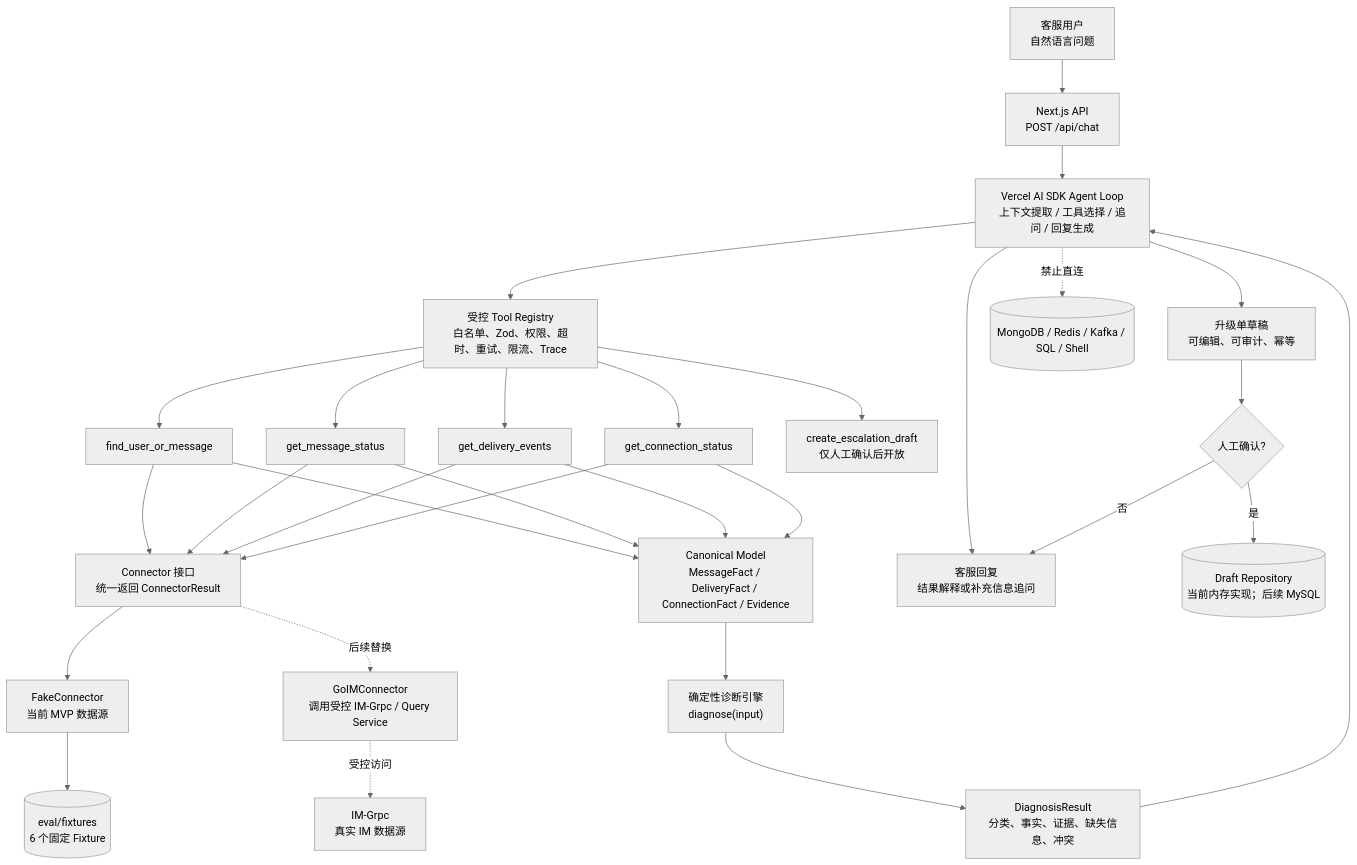
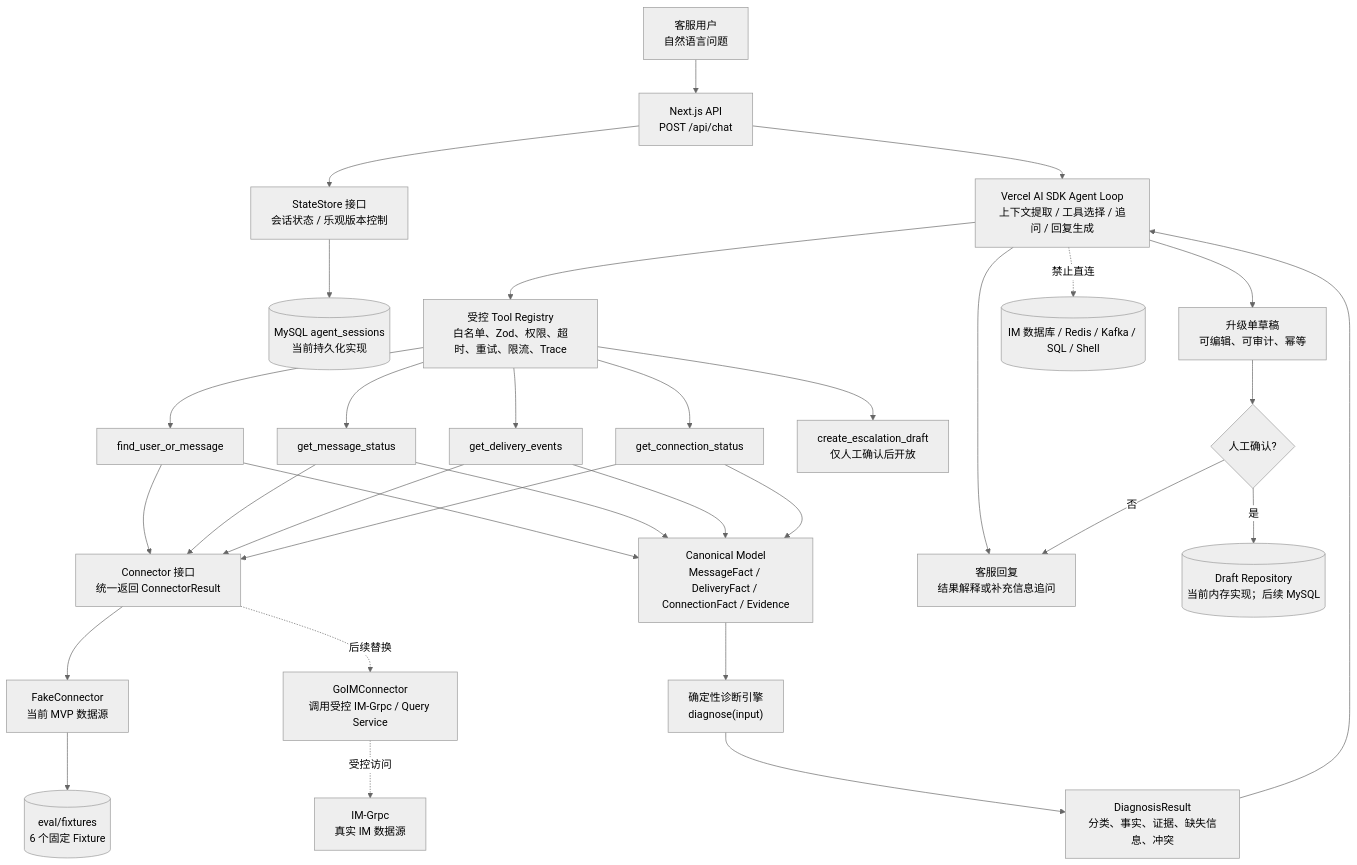
Before and after one commit to yllmis/IM_Inspect: the diagram in docs/mvp-architecture.md, drawn with Mermaid (neutral theme). The commit also changed other lines of this file and 13 other files, not shown here.

````diff
--- a/docs/mvp-architecture.md
+++ b/docs/mvp-architecture.md
@@ -5,42 +5,44 @@
 ```mermaid
 flowchart TD
     U["客服用户<br/>自然语言问题"] --> API["Next.js API<br/>POST /api/chat"]
 
     API --> AGENT["Vercel AI SDK Agent Loop<br/>上下文提取 / 工具选择 / 追问 / 回复生成"]
+    API --> STATE_REPO["StateStore 接口<br/>会话状态 / 乐观版本控制"]
+    STATE_REPO --> MYSQL_STATE[("MySQL agent_sessions<br/>当前持久化实现")]
 
     AGENT --> TOOLS["受控 Tool Registry<br/>白名单、Zod、权限、超时、重试、限流、Trace"]
 
     TOOLS --> T1[find_user_or_message]
     TOOLS --> T2[get_message_status]
     TOOLS --> T3[get_delivery_events]
     TOOLS --> T4[get_connection_status]
     TOOLS --> T5["create_escalation_draft<br/>仅人工确认后开放"]
 
     T1 --> CONNECTOR["Connector 接口<br/>统一返回 ConnectorResult"]
     T2 --> CONNECTOR
     T3 --> CONNECTOR
     T4 --> CONNECTOR
 
     CONNECTOR --> FAKE["FakeConnector<br/>当前 MVP 数据源"]
     FAKE --> FIXTURE[("eval/fixtures<br/>6 个固定 Fixture")]
 
     CONNECTOR -. 后续替换 .-> GO["GoIMConnector<br/>调用受控 IM-Grpc / Query Service"]
     GO -. 受控访问 .-> IM["IM-Grpc<br/>真实 IM 数据源"]
 
     T1 --> CANON["Canonical Model<br/>MessageFact / DeliveryFact / ConnectionFact / Evidence"]
     T2 --> CANON
     T3 --> CANON
     T4 --> CANON
 
     CANON --> DIAG["确定性诊断引擎<br/>diagnose(input)"]
     DIAG --> RESULT["DiagnosisResult<br/>分类、事实、证据、缺失信息、冲突"]
     RESULT --> AGENT
 
     AGENT --> REPLY["客服回复<br/>结果解释或补充信息追问"]
     AGENT --> DRAFT["升级单草稿<br/>可编辑、可审计、幂等"]
     DRAFT --> CONFIRM{人工确认?}
     CONFIRM -- 否 --> REPLY
     CONFIRM -- 是 --> STORE[("Draft Repository<br/>当前内存实现；后续 MySQL")]
 
-    AGENT -. 禁止直连 .-> DB[("MongoDB / Redis / Kafka / SQL / Shell")]
+    AGENT -. 禁止直连 .-> DB[("IM 数据库 / Redis / Kafka / SQL / Shell")]
 ```
````
